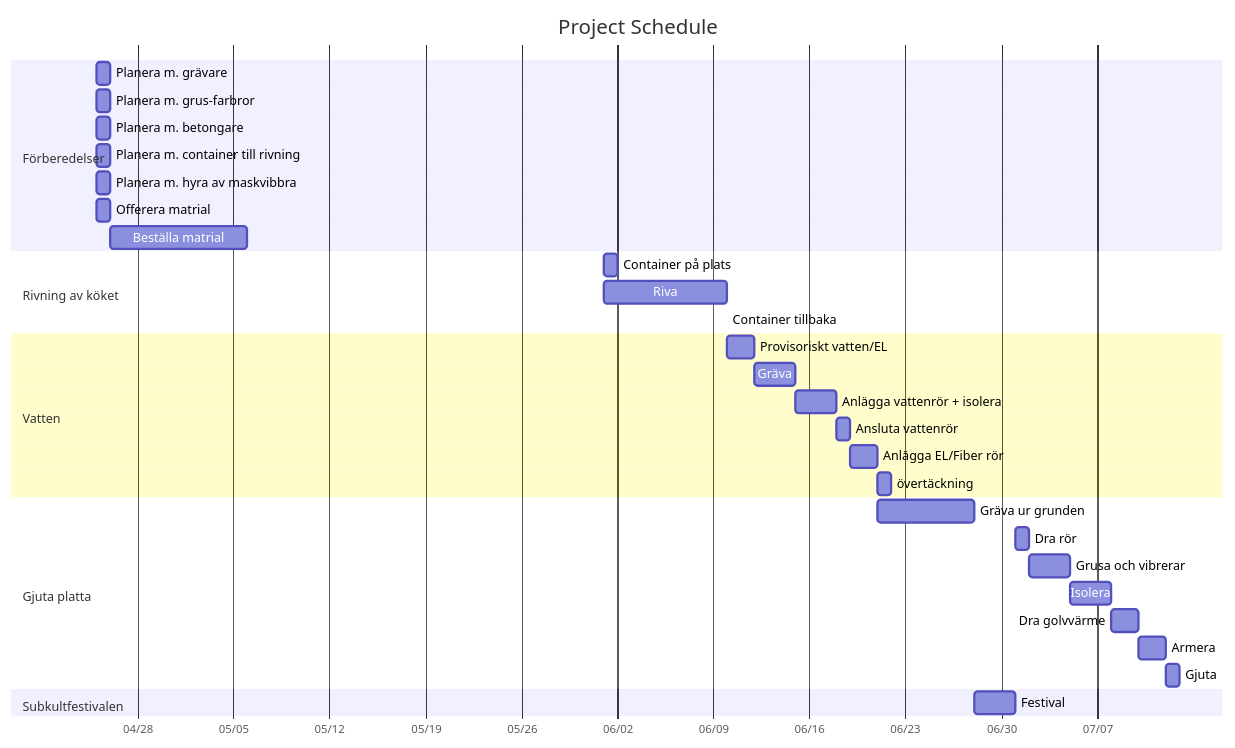
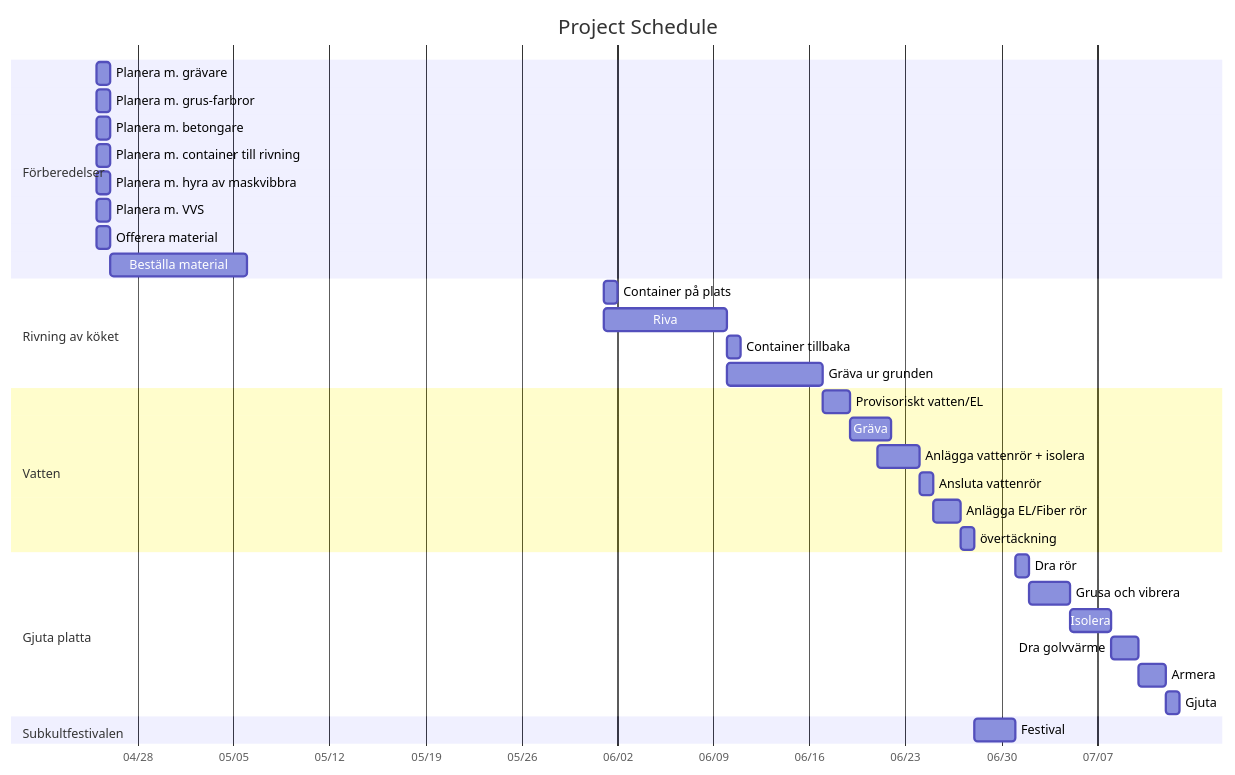
Before and after one commit to masv3971/k-ksrenovering: the diagram in schema.md, drawn with Mermaid.

Commit message:
Fix spelling and add section.

````diff
--- a/schema.md
+++ b/schema.md
@@ -3,44 +3,50 @@
 ```mermaid
     gantt
         title Project Schedule
         dateFormat YYYY-MM-DD
         axisFormat %m/%d
 
         section Förberedelser
         Planera m. grävare : 2024-04-25, 1d
         Planera m. grus-farbror : 2024-04-25, 1d
         Planera m. betongare : 2024-04-25, 1d
         Planera m. container till rivning : 2024-04-25, 1d
         Planera m. hyra av maskvibbra : 2024-04-25, 1d
-        Offerera matrial : 2024-04-25, 1d
-        Beställa matrial : 2024-04-26, 10d
+        Planera m. VVS : 2024-04-25, 1d
+        Offerera material : 2024-04-25, 1d
+        Beställa material : 2024-04-26, 10d
+
+
+        section Vardagsrum
+
+        section Spelrum
 
         section Rivning av köket
         Container på plats : 2024-06-01, 1d
         Riva : 2024-06-01, 9d
-        Container tillbaka : 2024-06-10
+        Container tillbaka : 2024-06-10, 1d
+        Gräva ur grunden : 2024-06-10, 7d
         
         section Vatten
-        Provisoriskt vatten/EL : 2024-06-10, 2d
-        Gräva : 2024-06-12, 3d
-        Anlägga vattenrör + isolera : 2024-06-15, 3d
-        Ansluta vattenrör : 2024-06-18, 1d
-        Anlägga EL/Fiber rör : 2024-06-19, 2d
-        övertäckning : 2024-06-21, 1d
+        Provisoriskt vatten/EL : 2024-06-17, 2d
+        Gräva : 2024-06-19, 3d
+        Anlägga vattenrör + isolera : 2024-06-21, 3d
+        Ansluta vattenrör : 2024-06-24, 1d
+        Anlägga EL/Fiber rör : 2024-06-25, 2d
+        övertäckning : 2024-06-27, 1d
 
         section Gjuta platta
-        Gräva ur grunden : 2024-06-21, 7d
         Dra rör : 2024-07-01, 1d
-        Grusa och vibrerar : 2024-07-02, 3d
+        Grusa och vibrera : 2024-07-02, 3d
         Isolera : 2024-07-05, 3d
         Dra golvvärme : 2024-07-08, 2d
         Armera : 2024-07-10, 2d
         Gjuta : 2024-07-12, 1d
 
 
         section Subkultfestivalen
         Festival : 2024-06-28, 3d
 
 
 
 ```
````
